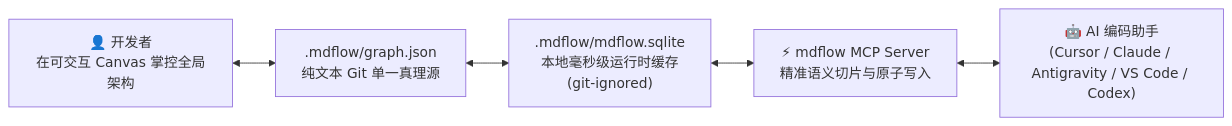
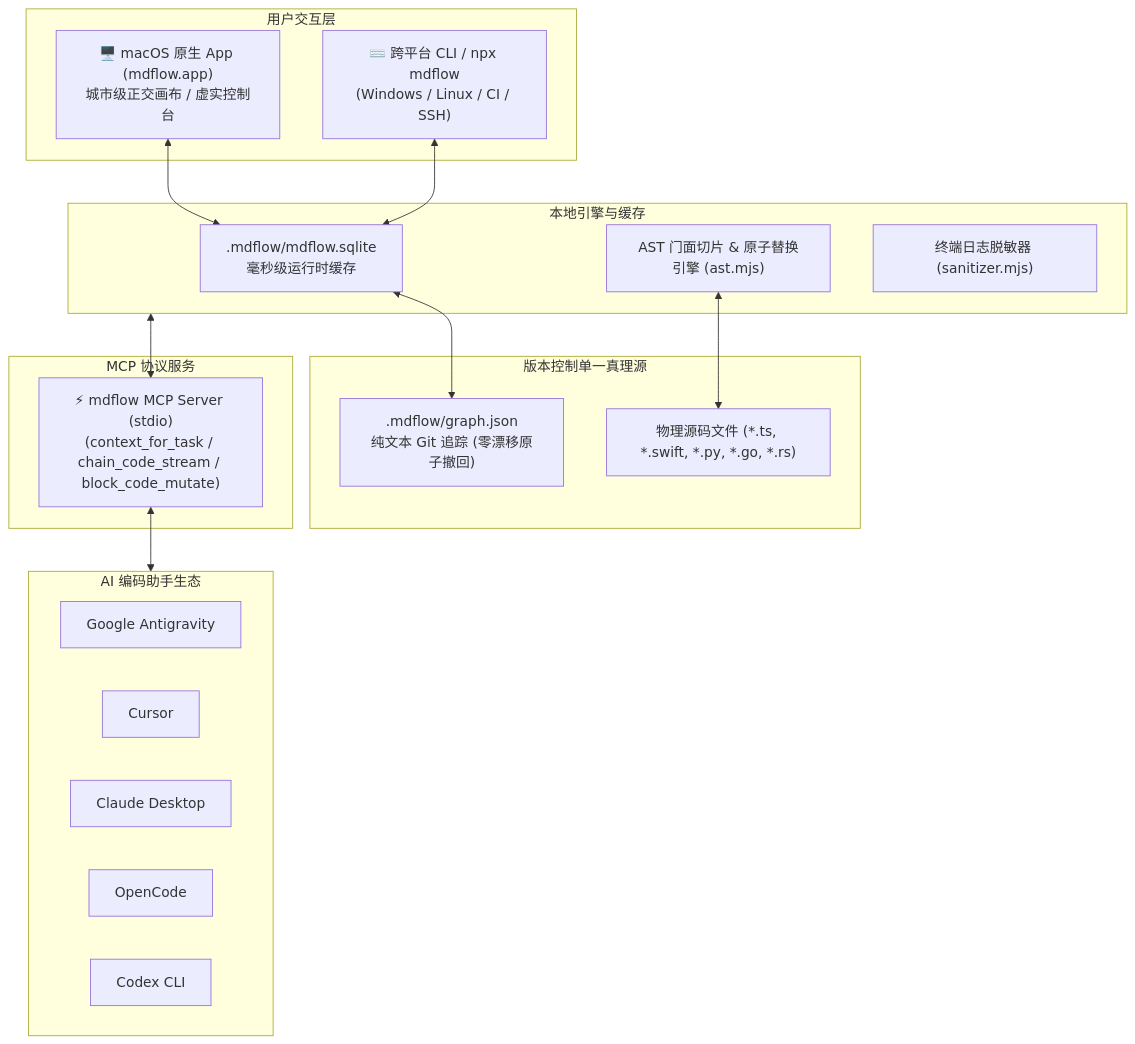
One commit to yubinbin32-ops/Mdflow changed the diagram in README_zh.md. Above: the diagram before and after it, drawn with Mermaid. The commit also changed other lines of this file and 3 other files, not shown here.

Commit message:
docs(readme): redesign documentation focusing on native macOS app, live benchmark metrics, and headless npx workflow; update settings to replace vscode with antigravity (checkpoint:docs-app-focus-antigravity)

````diff
--- a/README_zh.md
+++ b/README_zh.md
@@ -40,7 +193,37 @@
 ```mermaid
-flowchart LR
-  Human["👤 开发者\n在可交互 Canvas 掌控全局架构"] <--> Project[".mdflow/graph.json\n纯文本 Git 单一真理源"]
-  Project <--> SQLite[".mdflow/mdflow.sqlite\n本地毫秒级运行时缓存\n(git-ignored)"]
-  SQLite <--> MCP["⚡ mdflow MCP Server\n精准语义切片与原子写入"]
-  MCP <--> AI["🤖 AI 编码助手\n(Cursor / Claude / Antigravity / VS Code / Codex)"]
+flowchart TD
+  subgraph UserInterface["用户交互层"]
+    Desktop["🖥️ macOS 原生 App (mdflow.app)\n城市级正交画布 / 虚实控制台"]
+    CLI["⌨️ 跨平台 CLI / npx mdflow\n(Windows / Linux / CI / SSH)"]
+  end
+
+  subgraph TruthLayer["版本控制单一真理源"]
+    GraphJson[".mdflow/graph.json\n纯文本 Git 追踪 (零漂移原子撤回)"]
+    SourceCode["物理源码文件 (*.ts, *.swift, *.py, *.go, *.rs)"]
+  end
+
+  subgraph EngineLayer["本地引擎与缓存"]
+    SQLite[".mdflow/mdflow.sqlite\n毫秒级运行时缓存"]
+    ASTEngine["AST 门面切片 & 原子替换引擎 (ast.mjs)"]
+    Sanitizer["终端日志脱敏器 (sanitizer.mjs)"]
+  end
+
+  subgraph MCPService["MCP 协议服务"]
+    MCPServer["⚡ mdflow MCP Server (stdio)\n(context_for_task / chain_code_stream / block_code_mutate)"]
+  end
+
+  subgraph AIAgents["AI 编码助手生态"]
+    Antigravity["Google Antigravity"]
+    Cursor["Cursor"]
+    Claude["Claude Desktop"]
+    OpenCode["OpenCode"]
+    Codex["Codex CLI"]
+  end
+
+  Desktop <--> SQLite
+  CLI <--> SQLite
+  SQLite <--> GraphJson
+  ASTEngine <--> SourceCode
+  EngineLayer <--> MCPServer
+  MCPServer <--> AIAgents
 ```
````
